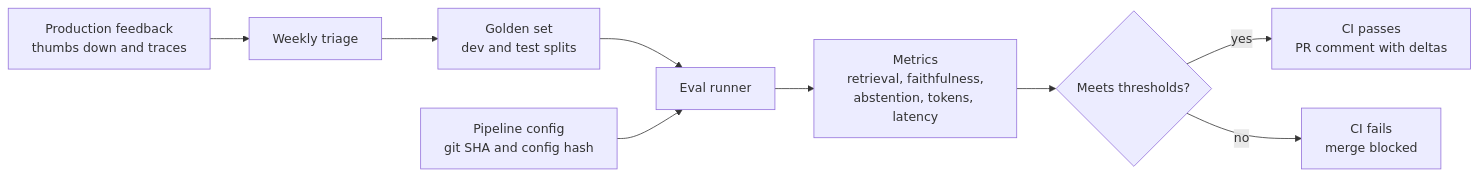
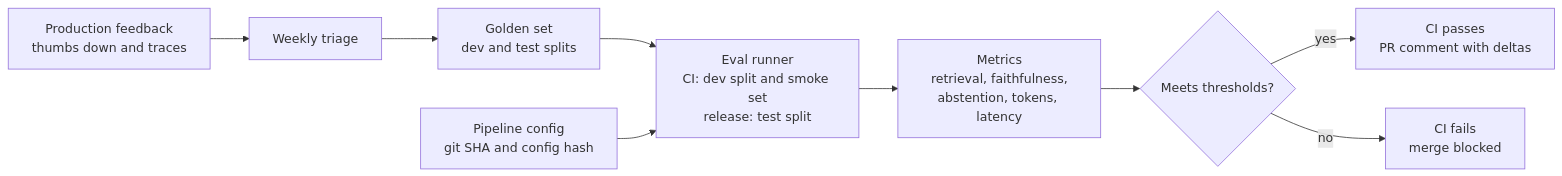
Before and after one commit to dileepadev/verity-rag: the diagram in docs/design/diagrams/evaluation.mmd, drawn with Mermaid. The commit also changed 13 other files, not shown here.

First line of the commit message:
docs(repo): Correct the architecture diagrams against the design (refs #48)

```diff
--- a/docs/design/diagrams/evaluation.mmd
+++ b/docs/design/diagrams/evaluation.mmd
@@ -1,9 +1,9 @@
 flowchart LR
-    G["Golden set<br/>dev and test splits"] --> RUN["Eval runner"]
+    G["Golden set<br/>dev and test splits"] --> RUN["Eval runner<br/>CI: dev split and smoke set<br/>release: test split"]
     CFG["Pipeline config<br/>git SHA and config hash"] --> RUN
     RUN --> M["Metrics<br/>retrieval, faithfulness,<br/>abstention, tokens, latency"]
     M --> T{"Meets thresholds?"}
     T -->|yes| PASS["CI passes<br/>PR comment with deltas"]
     T -->|no| FAIL["CI fails<br/>merge blocked"]
     PROD["Production feedback<br/>thumbs down and traces"] --> TRIAGE["Weekly triage"]
     TRIAGE --> G
```
